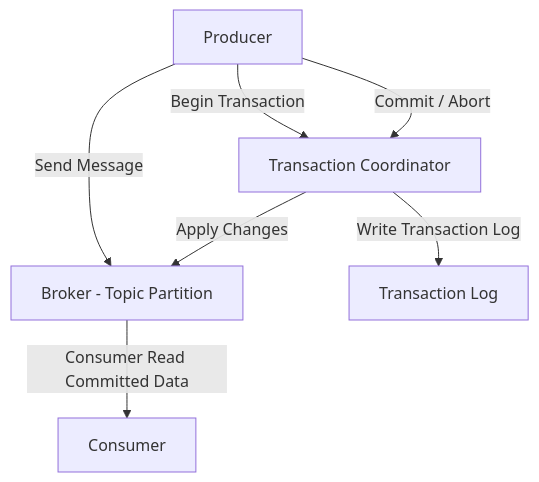
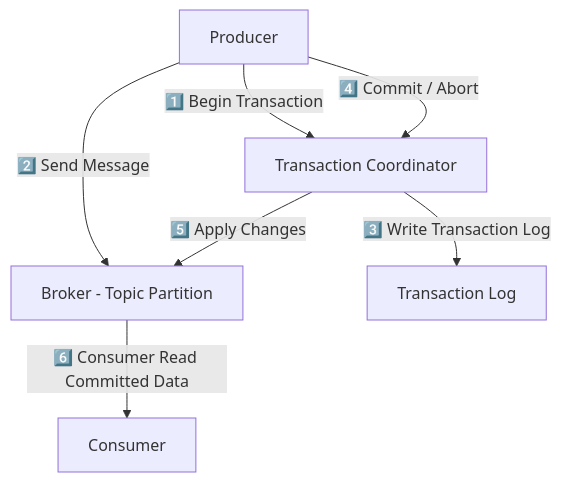
One commit to zerototwo/document changed the first of 3 diagrams in mq/kafka/kafka-shi-wu-xiao-xi-yuan-li.md. Above: the diagram before and after it, drawn with Mermaid.

Commit message:
GITBOOK-221: No subject

````diff
--- a/mq/kafka/kafka-shi-wu-xiao-xi-yuan-li.md
+++ b/mq/kafka/kafka-shi-wu-xiao-xi-yuan-li.md
@@ -41,9 +41,9 @@
 ```mermaid
 graph TD;
-    A[Producer] -->|Begin Transaction| B[Transaction Coordinator]
-    A -->|Send Message| C[Broker - Topic Partition]
-    B -->|Write Transaction Log| D[Transaction Log]
-    A -->|Commit / Abort| B
-    B -->|Apply Changes| C
-    C -->|Consumer Read Committed Data| E[Consumer]
+    A[Producer] -->|1️⃣ Begin Transaction| B[Transaction Coordinator]
+    A -->|2️⃣ Send Message| C[Broker - Topic Partition]
+    B -->|3️⃣ Write Transaction Log| D[Transaction Log]
+    A -->|4️⃣ Commit / Abort| B
+    B -->|5️⃣ Apply Changes| C
+    C -->|6️⃣ Consumer Read Committed Data| E[Consumer]
 ```
````
